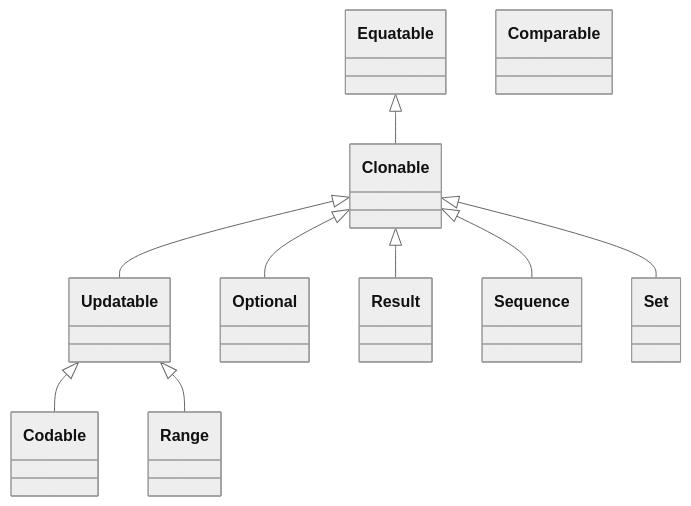
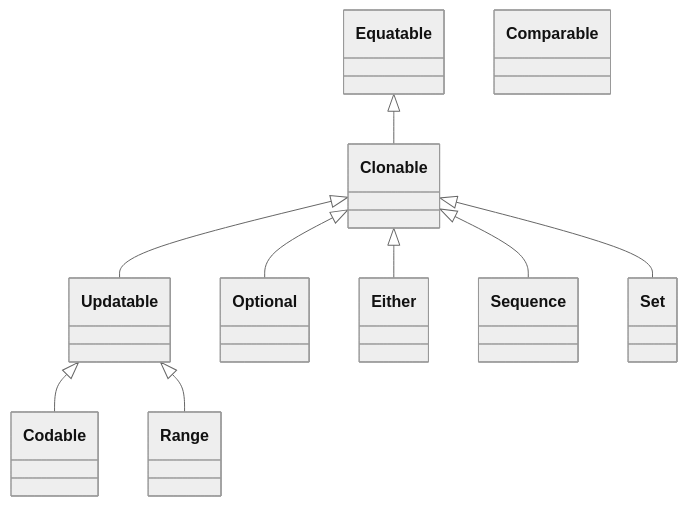
Before and after one commit to lemo-nade-room/TypeScript-Foundation: the diagram in README.md, drawn with Mermaid (neutral theme). The commit also changed other lines of this file and 24 other files, not shown here.

````diff
--- a/README.md
+++ b/README.md
@@ -81,13 +81,13 @@
 ```mermaid
 classDiagram
     Equatable <|-- Clonable
     Clonable <|-- Updatable
     Updatable <|-- Codable
     Comparable : 
     Clonable <|-- Optional
-    Clonable <|-- Result
+    Clonable <|-- Either
     Updatable <|-- Range
     Clonable <|-- Sequence
     Clonable <|-- Set
  
 ```
````
